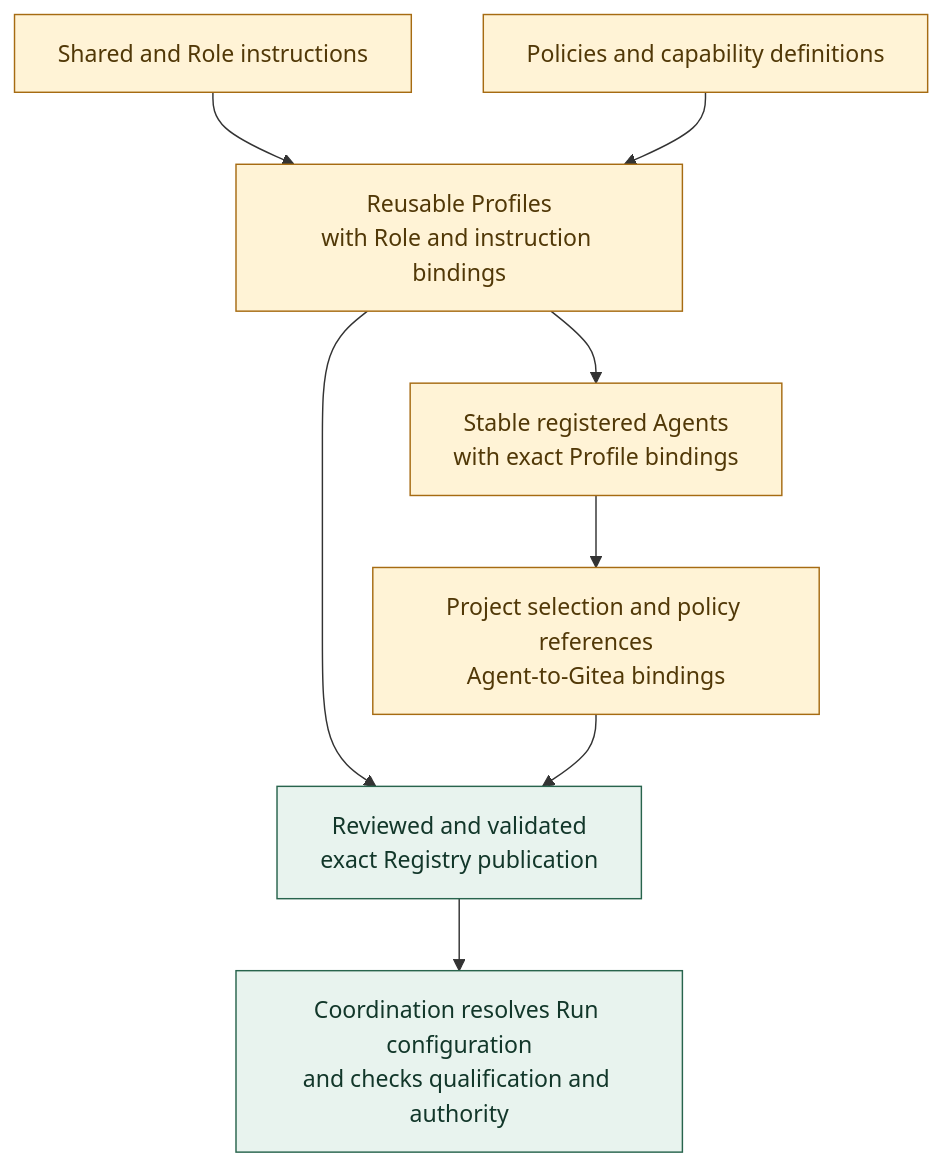
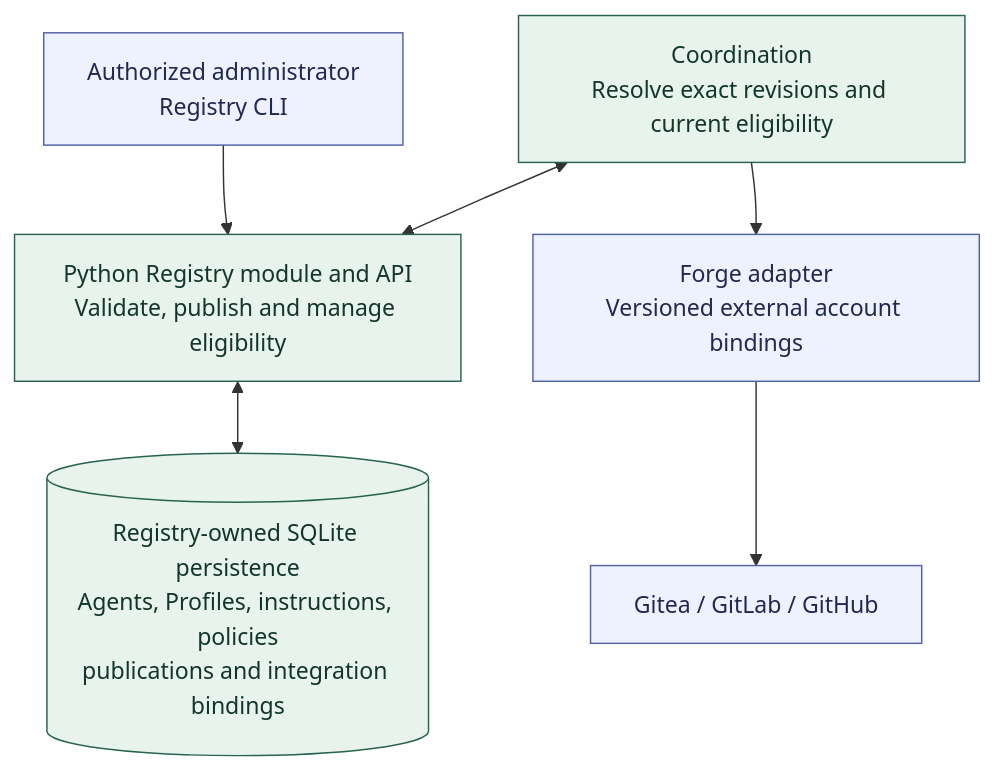
Before and after one commit to andrii2g/mobiraeon: the diagram in docs/diagrams/registry-organization.md, drawn with Mermaid. The commit also changed other lines of this file and 6 other files, not shown here.

Commit message:
updated diagrams

````diff
--- a/docs/diagrams/registry-organization.md
+++ b/docs/diagrams/registry-organization.md
@@ -5,20 +5,18 @@
 ```mermaid
 ---
 config:
   flowchart:
     wrappingWidth: 250
 ---
 flowchart TB
-    INSTRUCTIONS["Shared and Role instructions"] --> PROFILES["Reusable Profiles<br/>with Role and instruction bindings"]
-    SUPPORT["Policies and capability definitions"] --> PROFILES
-    PROFILES --> AGENTS["Stable registered Agents<br/>with exact Profile bindings"]
-    AGENTS --> PROJECTS["Project selection and policy references<br/>Agent-to-Gitea bindings"]
-    PROFILES --> PUBLISH["Reviewed and validated<br/>exact Registry publication"]
-    PROJECTS --> PUBLISH
-    PUBLISH --> COORD["Coordination resolves Run configuration<br/>and checks qualification and authority"]
+    ADMIN["Authorized administrator<br/>Registry CLI"] --> API["Python Registry module and API<br/>Validate, publish and manage eligibility"]
+    API <--> STORE[("Registry-owned SQLite persistence<br/>Agents, Profiles, instructions, policies<br/>publications and integration bindings")]
+    COORD["Coordination<br/>Resolve exact revisions and current eligibility"] <--> API
+    COORD --> ADAPTER["Forge adapter<br/>Versioned external account bindings"]
+    ADAPTER --> FORGE["Gitea / GitLab / GitHub"]
 
-    classDef proposed fill:#fff3d6,stroke:#a66b12,color:#513807;
     classDef agreed fill:#e8f3ee,stroke:#28644d,color:#12372a;
-    class INSTRUCTIONS,SUPPORT,PROFILES,AGENTS,PROJECTS proposed;
-    class PUBLISH,COORD agreed;
+    classDef boundary fill:#eef2ff,stroke:#5261a3,color:#20294f;
+    class API,STORE,COORD agreed;
+    class ADMIN,ADAPTER,FORGE boundary;
 ```
````
